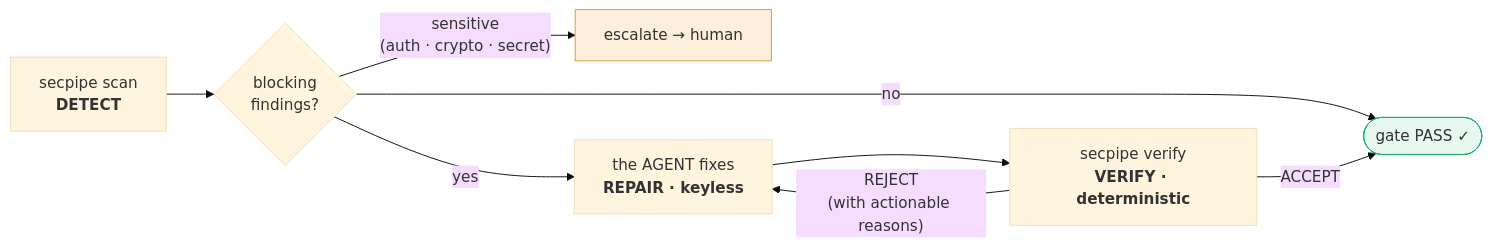
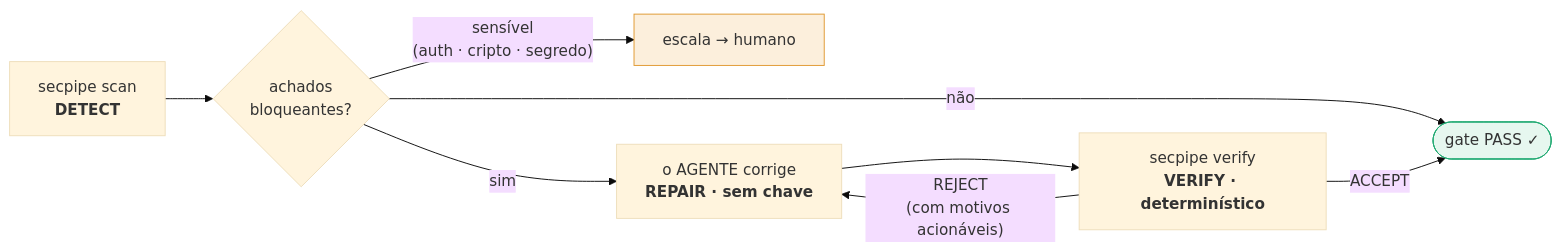
Before and after one commit to pablodlz/secpipe-ai: the first of 5 diagrams in README.md, drawn with Mermaid (base theme). The commit also changed other lines of this file, not shown here.

````diff
--- a/README.md
+++ b/README.md
@@ -53,14 +54,14 @@
 ```mermaid
 flowchart LR
-    A["secpipe scan<br/><b>DETECT</b>"] --> B{"blocking<br/>findings?"}
-    B -- "no" --> OK(["gate PASS ✓"])
-    B -- "sensitive<br/>(auth · crypto · secret)" --> ESC["escalate → human"]
-    B -- "yes" --> FIX["the AGENT fixes<br/><b>REPAIR · keyless</b>"]
-    FIX --> V["secpipe verify<br/><b>VERIFY · deterministic</b>"]
-    V -- "REJECT<br/>(with actionable reasons)" --> FIX
+    A["secpipe scan<br/><b>DETECT</b>"] --> B{"achados<br/>bloqueantes?"}
+    B -- "não" --> OK(["gate PASS ✓"])
+    B -- "sensível<br/>(auth · cripto · segredo)" --> ESC["escala → humano"]
+    B -- "sim" --> FIX["o AGENTE corrige<br/><b>REPAIR · sem chave</b>"]
+    FIX --> V["secpipe verify<br/><b>VERIFY · determinístico</b>"]
+    V -- "REJECT<br/>(com motivos acionáveis)" --> FIX
     V -- "ACCEPT" --> OK
     classDef ok fill:#e6f7ef,stroke:#1FA971;
     classDef esc fill:#fcefdc,stroke:#e09830;
     class OK ok;
     class ESC esc;
 ```
````
